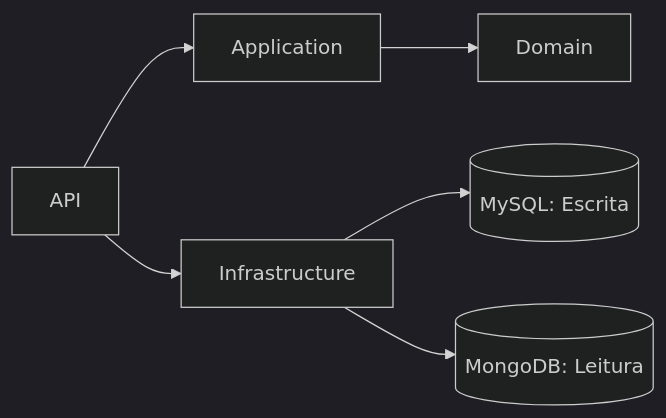
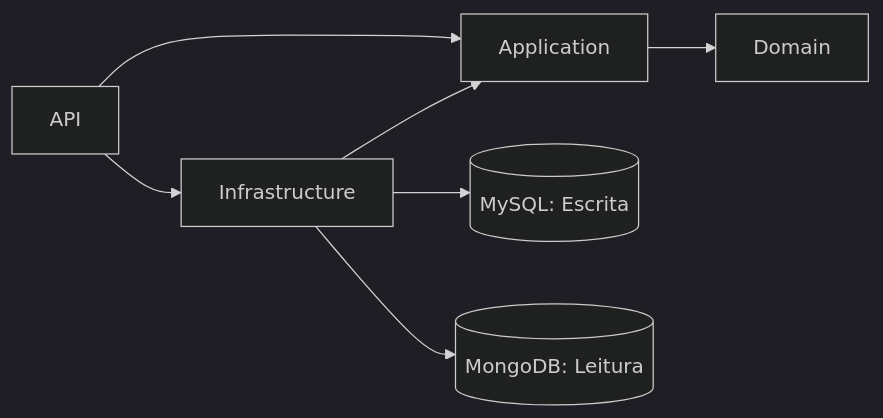
Before and after one commit to leticia-kojima/tech-challenge-net-phase-1: the diagram in README.md, drawn with Mermaid (dark theme). The commit also changed other lines of this file and 7 other files, not shown here.

````diff
--- a/README.md
+++ b/README.md
@@ -85,7 +104,8 @@
 ```mermaid
 graph LR
     A[API] --> B[Application] --> C[Domain]
     A --> D[Infrastructure]
     D --> E[(MySQL: Escrita)]
     D --> F[(MongoDB: Leitura)]
+    D --> B
 ```
````
